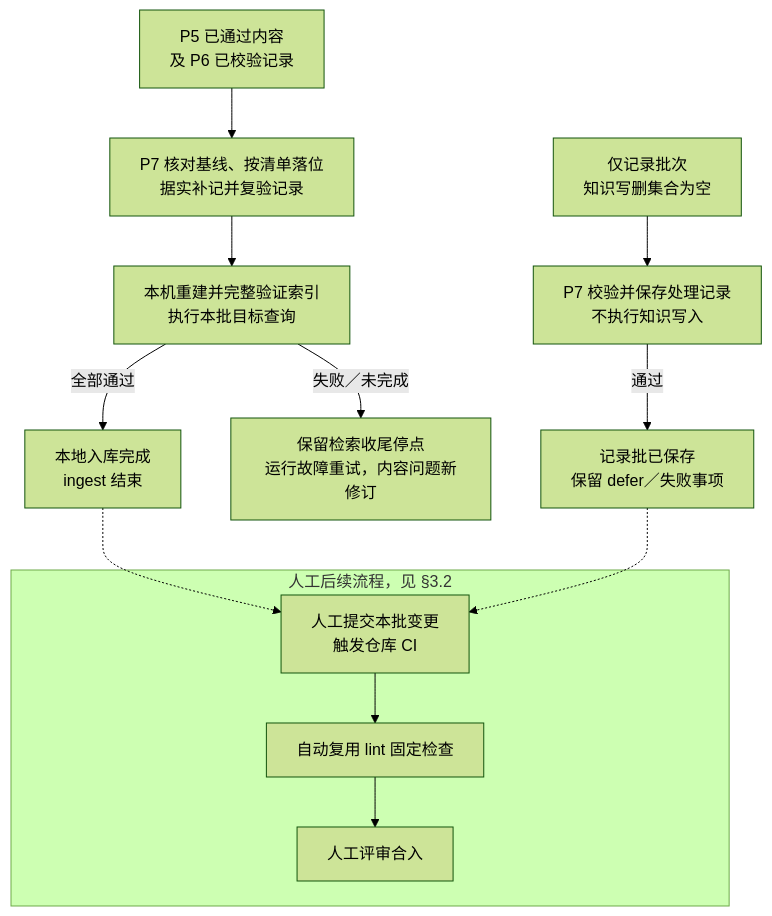
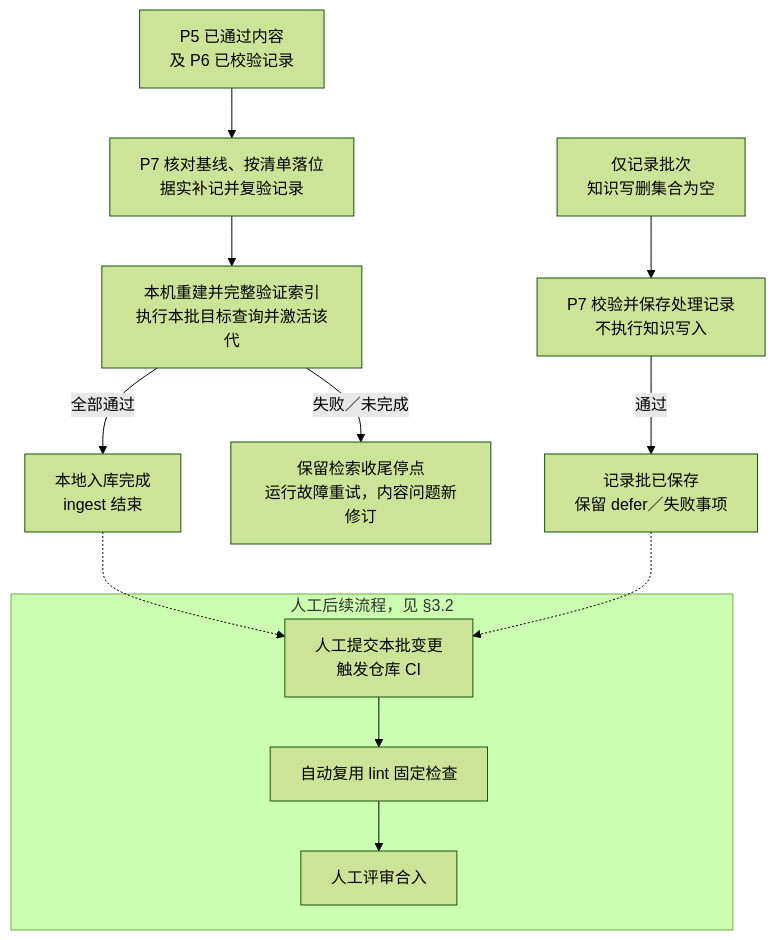
One commit to Robin-hhc/FactumCore changed diagram 13 of 20 in aiotbot-knowledge-wifi-mp/docs-llm-wiki/知识库详细设计.md. Above: the diagram before and after it, drawn with Mermaid (forest theme). The commit also changed other lines of this file and 115 other files, not shown here.

````diff
--- a/aiotbot-knowledge-wifi-mp/docs-llm-wiki/知识库详细设计.md
+++ b/aiotbot-knowledge-wifi-mp/docs-llm-wiki/知识库详细设计.md
@@ -606,15 +620,15 @@
 ```mermaid
 flowchart TD
     CONTENT["P5 已通过内容<br/>及 P6 已校验记录"] --> APPLY["P7 核对基线、按清单落位<br/>据实补记并复验记录"]
-    APPLY --> INDEX["本机重建并完整验证索引<br/>执行本批目标查询"]
+    APPLY --> INDEX["本机重建并完整验证索引<br/>执行本批目标查询并激活该代"]
     INDEX -->|"全部通过"| DONE["本地入库完成<br/>ingest 结束"]
     INDEX -->|"失败／未完成"| STOP["保留检索收尾停点<br/>运行故障重试，内容问题新修订"]
     RECORD["仅记录批次<br/>知识写删集合为空"] --> CHECK["P7 校验并保存处理记录<br/>不执行知识写入"]
     CHECK -->|"通过"| SAVED["记录批已保存<br/>保留 defer／失败事项"]
     subgraph HUMAN["人工后续流程，见 §3.2"]
         SUBMIT["人工提交本批变更<br/>触发仓库 CI"] --> CI["自动复用 lint 固定检查"]
         CI --> MERGE["人工评审合入"]
     end
     DONE -.-> SUBMIT
     SAVED -.-> SUBMIT
 ```
````
